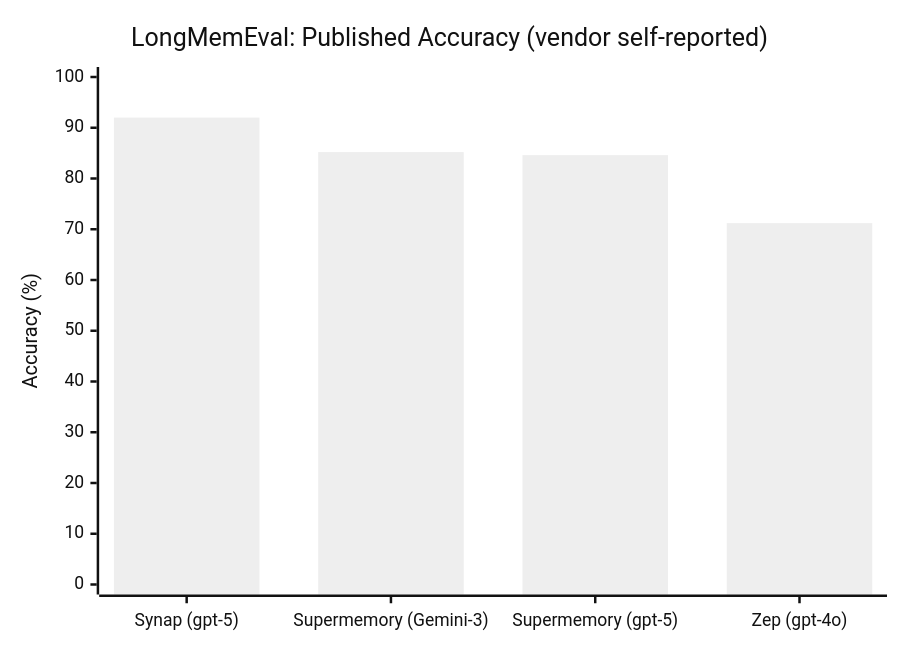
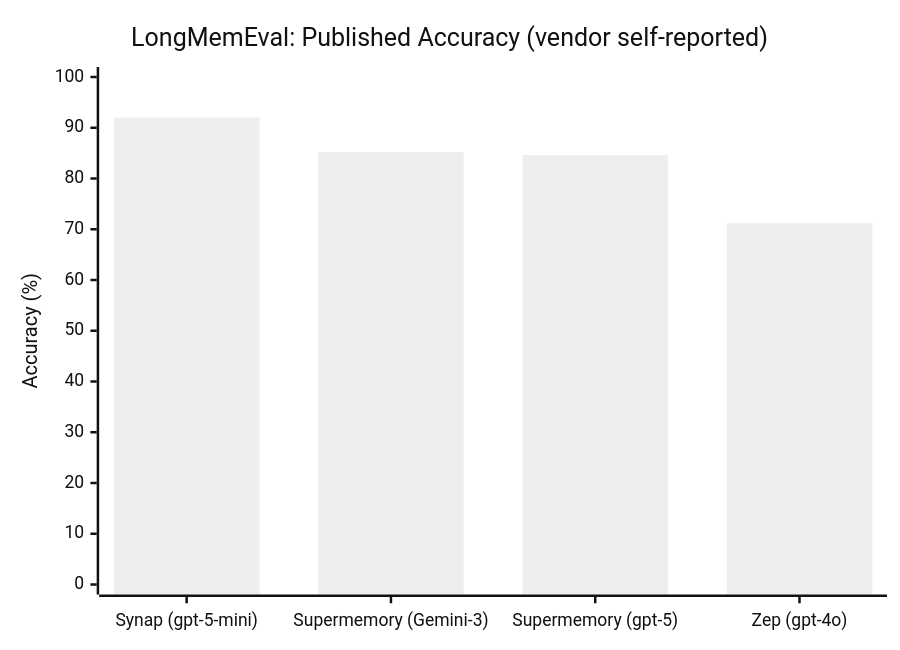
One commit to maximem-ai/eval_benchmark_runs_output changed the diagram in README.md. Above: the diagram before and after it, drawn with Mermaid (neutral theme). The commit also changed other lines of this file and 3 other files, not shown here.

First line of the commit message:
Set both models to gpt-5-mini; enrich Synap positioning from website/SDK

````diff
--- a/README.md
+++ b/README.md
@@ -42,7 +45,7 @@
 ```mermaid
 xychart-beta
     title "LongMemEval: Published Accuracy (vendor self-reported)"
-    x-axis ["Synap (gpt-5)", "Supermemory (Gemini-3)", "Supermemory (gpt-5)", "Zep (gpt-4o)"]
+    x-axis ["Synap (gpt-5-mini)", "Supermemory (Gemini-3)", "Supermemory (gpt-5)", "Zep (gpt-4o)"]
     y-axis "Accuracy (%)" 0 --> 100
     bar [92.0, 85.2, 84.6, 71.2]
 ```
````
